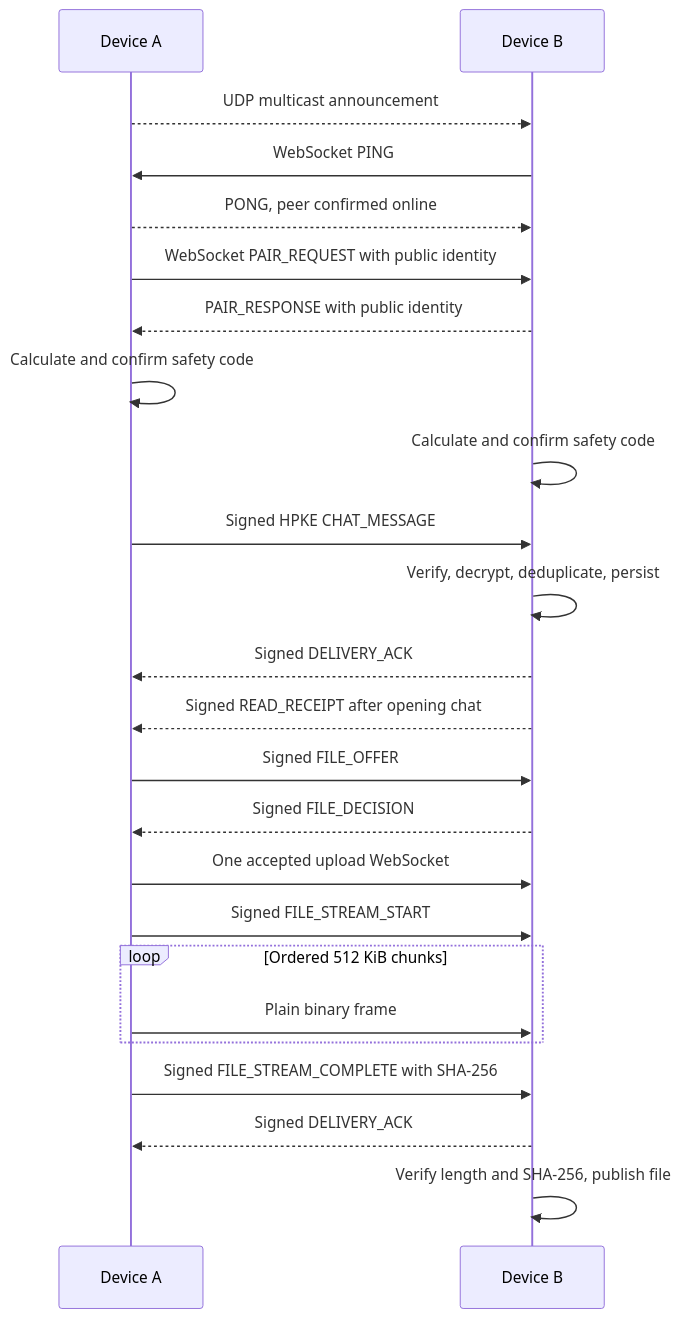
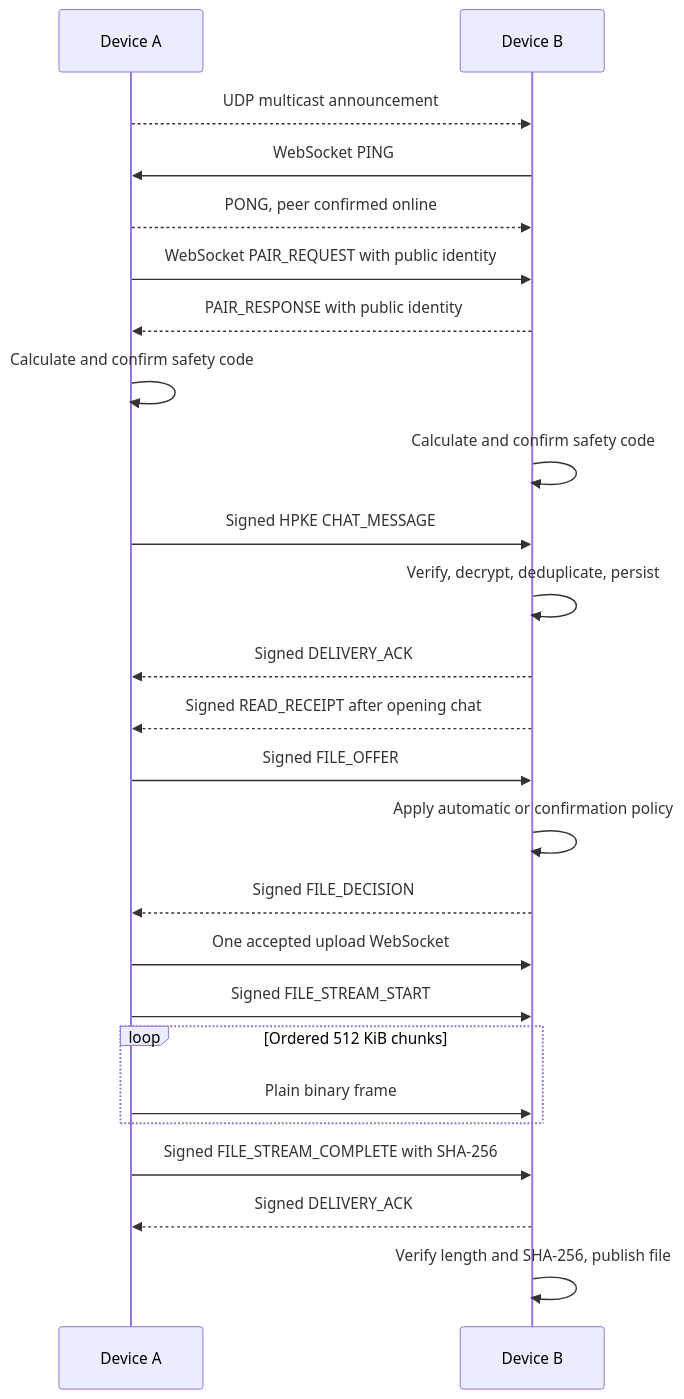
The third of 3 diagrams in docs/ARCHITECTURE.md (x2ink/subnetdrop), drawn with Mermaid before and after one commit. The commit also changed other lines of this file and 45 other files, not shown here.

````diff
--- a/docs/ARCHITECTURE.md
+++ b/docs/ARCHITECTURE.md
@@ -86,26 +91,27 @@
 ```mermaid
 sequenceDiagram
     participant A as Device A
     participant B as Device B
     A-->>B: UDP multicast announcement
     B->>A: WebSocket PING
     A-->>B: PONG, peer confirmed online
     A->>B: WebSocket PAIR_REQUEST with public identity
     B-->>A: PAIR_RESPONSE with public identity
     A->>A: Calculate and confirm safety code
     B->>B: Calculate and confirm safety code
     A->>B: Signed HPKE CHAT_MESSAGE
     B->>B: Verify, decrypt, deduplicate, persist
     B-->>A: Signed DELIVERY_ACK
     B-->>A: Signed READ_RECEIPT after opening chat
     A->>B: Signed FILE_OFFER
+    B->>B: Apply automatic or confirmation policy
     B-->>A: Signed FILE_DECISION
     A->>B: One accepted upload WebSocket
     A->>B: Signed FILE_STREAM_START
     loop Ordered 512 KiB chunks
         A->>B: Plain binary frame
     end
     A->>B: Signed FILE_STREAM_COMPLETE with SHA-256
     B-->>A: Signed DELIVERY_ACK
     B->>B: Verify length and SHA-256, publish file
 ```
````
